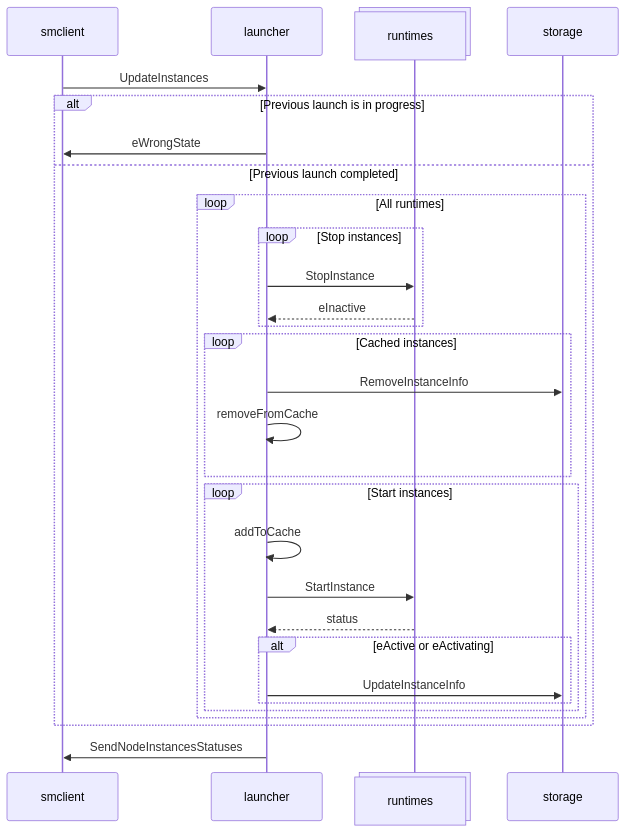
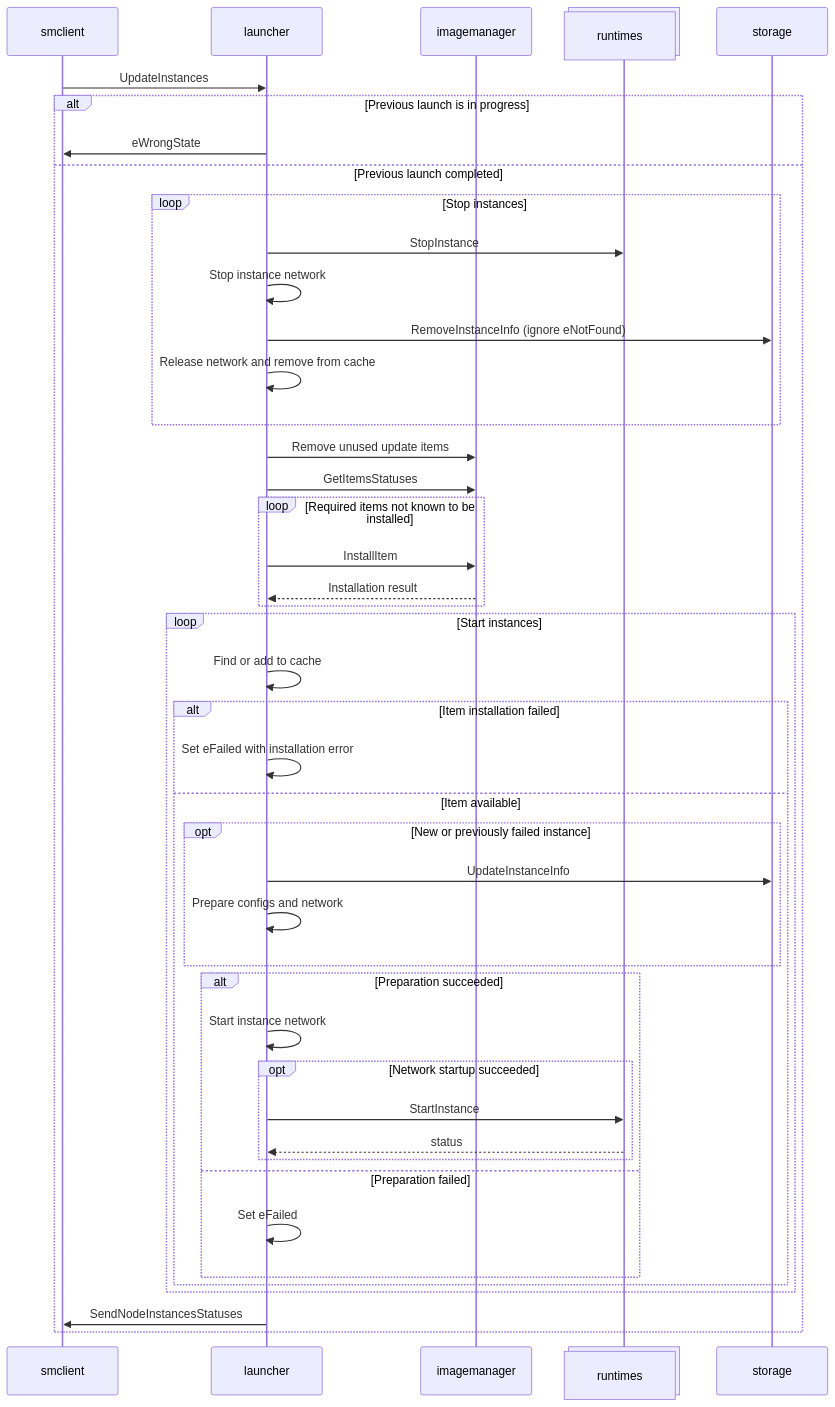
The third of 3 diagrams in src/core/sm/launcher/launcher.md (aosedge/aos_core_lib_cpp), drawn with Mermaid before and after one commit. The commit also changed other lines of this file and 3 other files, not shown here.

Commit message:
sm: launcher: restart instance on integrity check failure

````diff
--- a/src/core/sm/launcher/launcher.md
+++ b/src/core/sm/launcher/launcher.md
@@ -134,37 +141,49 @@
 ```mermaid
 sequenceDiagram
     participant smclient
     participant launcher
+    participant imagemanager
     participant runtimes@{ "type" : "collections" }
     participant storage
 
     smclient ->> launcher: UpdateInstances
     alt Previous launch is in progress
         launcher ->> smclient: eWrongState
+    else Previous launch completed
+        loop Stop instances
+            launcher ->> runtimes: StopInstance
+            launcher ->> launcher: Stop instance network
+            launcher ->> storage: RemoveInstanceInfo (ignore eNotFound)
+            launcher ->> launcher: Release network and remove from cache
+        end
 
-    else Previous launch completed
-        loop All runtimes
-            loop Stop instances
-                launcher ->> runtimes: StopInstance
-                runtimes -->> launcher: eInactive
-            end
+        launcher ->> imagemanager: Remove unused update items
+        launcher ->> imagemanager: GetItemsStatuses
+        loop Required items not known to be installed
+            launcher ->> imagemanager: InstallItem
+            imagemanager -->> launcher: Installation result
+        end
 
-            loop Cached instances
-                launcher ->> storage: RemoveInstanceInfo
-                launcher ->> launcher: removeFromCache
-            end
-
-            loop Start instances
-                launcher ->> launcher: addToCache
-                launcher ->> runtimes: StartInstance
-                
-                runtimes -->> launcher: status
-                alt  eActive or eActivating
+        loop Start instances
+            launcher ->> launcher: Find or add to cache
+            alt Item installation failed
+                launcher ->> launcher: Set eFailed with installation error
+            else Item available
+                opt New or previously failed instance
                     launcher ->> storage: UpdateInstanceInfo
+                    launcher ->> launcher: Prepare configs and network
+                end
+                alt Preparation succeeded
+                    launcher ->> launcher: Start instance network
+                    opt Network startup succeeded
+                        launcher ->> runtimes: StartInstance
+                        runtimes -->> launcher: status
+                    end
+                else Preparation failed
+                    launcher ->> launcher: Set eFailed
                 end
             end
         end
+        launcher ->> smclient: SendNodeInstancesStatuses
     end
-
-    launcher ->> smclient: SendNodeInstancesStatuses
 ```
````
